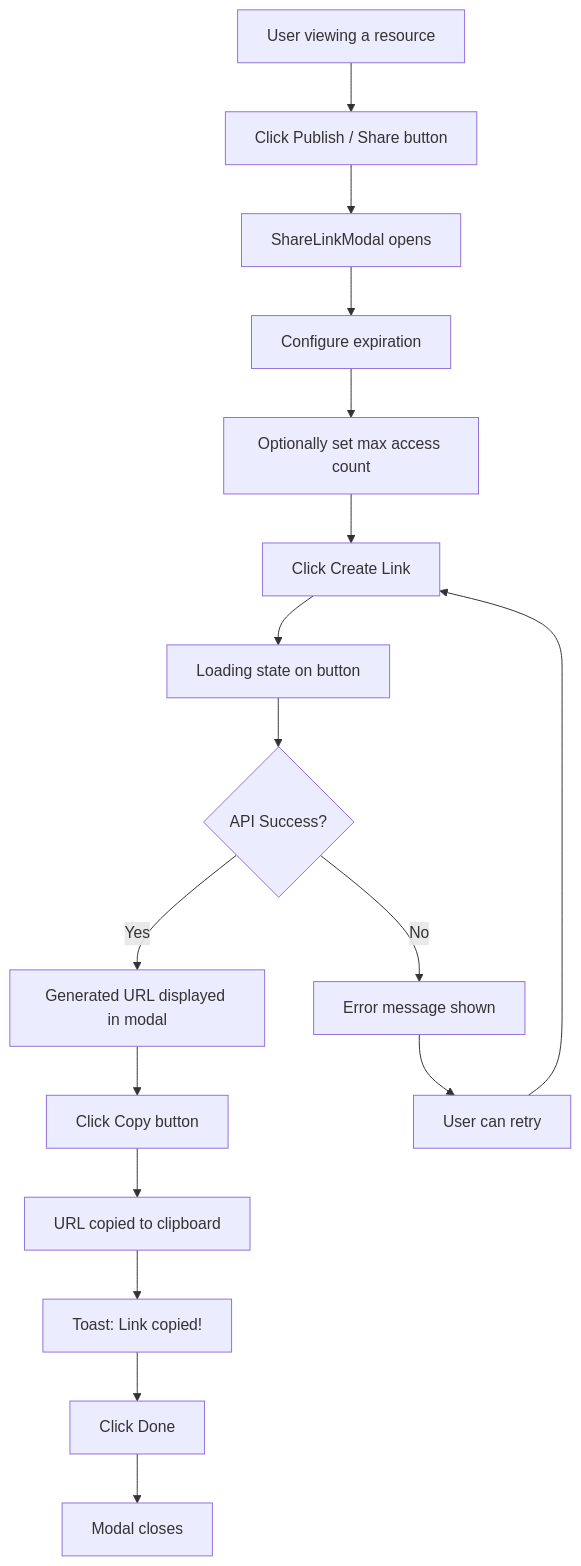
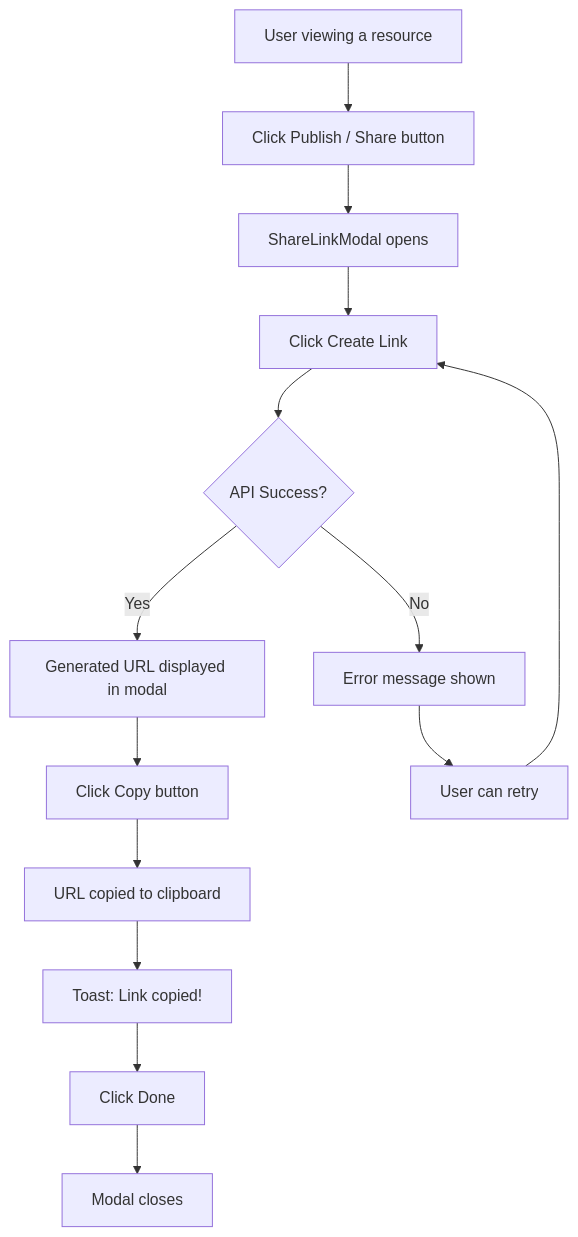
Before and after one commit to thevarun/HealthCompanion: the first of 3 diagrams in _bmad-output/planning-artifacts/ux-design/epic-8-shareable-links-user-journeys.md, drawn with Mermaid. The commit also changed other lines of this file and 1 other file, not shown here.

Commit message:
docs: remove max_access_count from Story 8.2 UX artifacts to align with epic

````diff
--- a/_bmad-output/planning-artifacts/ux-design/epic-8-shareable-links-user-journeys.md
+++ b/_bmad-output/planning-artifacts/ux-design/epic-8-shareable-links-user-journeys.md
@@ -10,19 +10,16 @@
 ```mermaid
 flowchart TD
     A[User viewing a resource] --> B[Click Publish / Share button]
     B --> C[ShareLinkModal opens]
-    C --> D[Configure expiration]
-    D --> E[Optionally set max access count]
-    E --> F[Click Create Link]
-    F --> G[Loading state on button]
-    G --> H{API Success?}
-    H -->|Yes| I[Generated URL displayed in modal]
+    C --> D[Click Create Link]
+    D --> F{API Success?}
+    F -->|Yes| I[Generated URL displayed in modal]
     I --> J[Click Copy button]
     J --> K[URL copied to clipboard]
     K --> L[Toast: Link copied!]
     L --> M[Click Done]
     M --> N[Modal closes]
-    H -->|No| O[Error message shown]
+    F -->|No| O[Error message shown]
     O --> P[User can retry]
-    P --> F
+    P --> D
 ```
````
